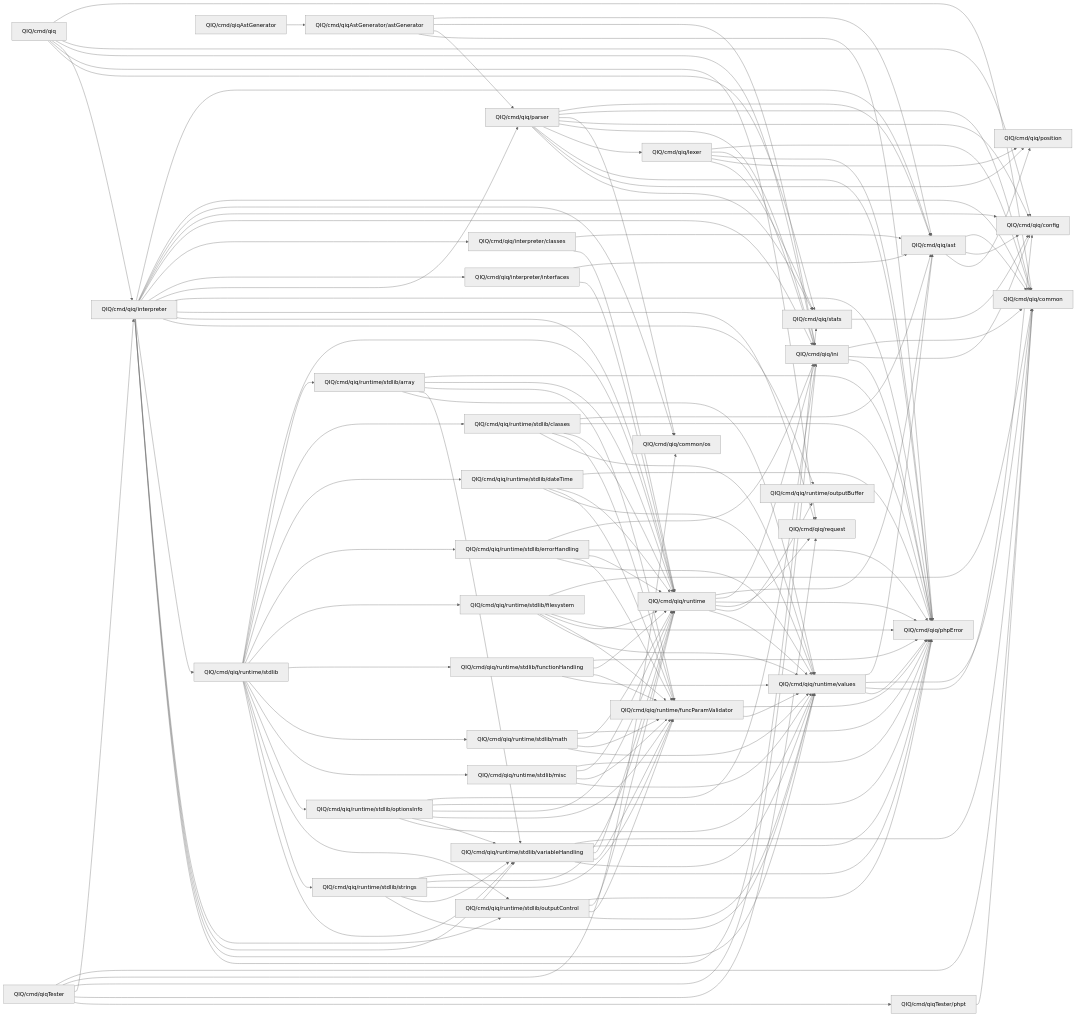
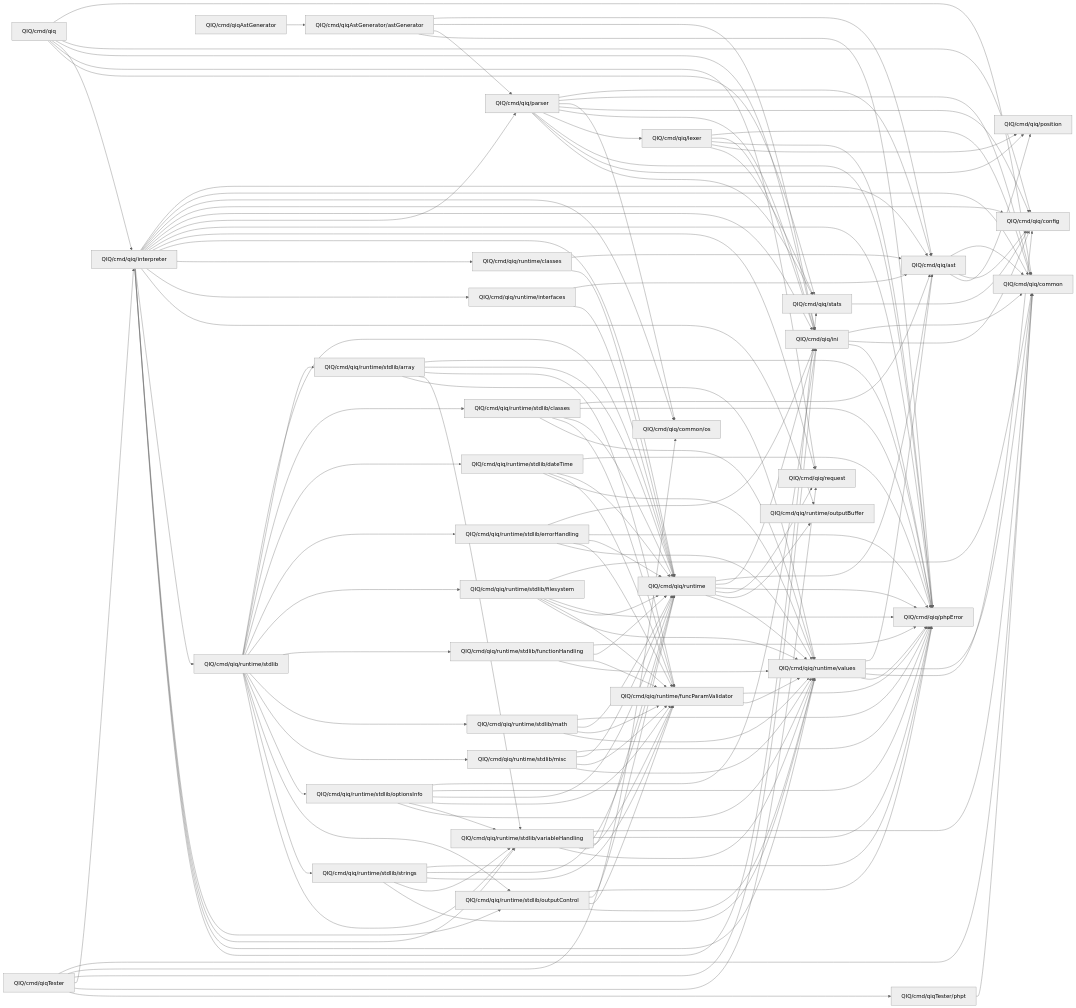
The diagram in doc/Packages.md (MasterZydra/QIQ), drawn with Mermaid (neutral theme) before and after one commit. The commit also changed 6 other files, not shown here.

Commit message:
Runtime: Moved classes and interfaces from interpreter into runtime package

```diff
--- a/doc/Packages.md
+++ b/doc/Packages.md
@@ -22,24 +22,18 @@
     QIQ_cmd_qiq_interpreter[QIQ/cmd/qiq/interpreter] --> QIQ_cmd_qiq_common_os[QIQ/cmd/qiq/common/os]
     QIQ_cmd_qiq_interpreter[QIQ/cmd/qiq/interpreter] --> QIQ_cmd_qiq_config[QIQ/cmd/qiq/config]
     QIQ_cmd_qiq_interpreter[QIQ/cmd/qiq/interpreter] --> QIQ_cmd_qiq_ini[QIQ/cmd/qiq/ini]
-    QIQ_cmd_qiq_interpreter[QIQ/cmd/qiq/interpreter] --> QIQ_cmd_qiq_interpreter_classes[QIQ/cmd/qiq/interpreter/classes]
-    QIQ_cmd_qiq_interpreter[QIQ/cmd/qiq/interpreter] --> QIQ_cmd_qiq_interpreter_interfaces[QIQ/cmd/qiq/interpreter/interfaces]
     QIQ_cmd_qiq_interpreter[QIQ/cmd/qiq/interpreter] --> QIQ_cmd_qiq_parser[QIQ/cmd/qiq/parser]
     QIQ_cmd_qiq_interpreter[QIQ/cmd/qiq/interpreter] --> QIQ_cmd_qiq_phpError[QIQ/cmd/qiq/phpError]
     QIQ_cmd_qiq_interpreter[QIQ/cmd/qiq/interpreter] --> QIQ_cmd_qiq_request[QIQ/cmd/qiq/request]
     QIQ_cmd_qiq_interpreter[QIQ/cmd/qiq/interpreter] --> QIQ_cmd_qiq_runtime[QIQ/cmd/qiq/runtime]
+    QIQ_cmd_qiq_interpreter[QIQ/cmd/qiq/interpreter] --> QIQ_cmd_qiq_runtime_classes[QIQ/cmd/qiq/runtime/classes]
+    QIQ_cmd_qiq_interpreter[QIQ/cmd/qiq/interpreter] --> QIQ_cmd_qiq_runtime_interfaces[QIQ/cmd/qiq/runtime/interfaces]
     QIQ_cmd_qiq_interpreter[QIQ/cmd/qiq/interpreter] --> QIQ_cmd_qiq_runtime_outputBuffer[QIQ/cmd/qiq/runtime/outputBuffer]
     QIQ_cmd_qiq_interpreter[QIQ/cmd/qiq/interpreter] --> QIQ_cmd_qiq_runtime_stdlib[QIQ/cmd/qiq/runtime/stdlib]
     QIQ_cmd_qiq_interpreter[QIQ/cmd/qiq/interpreter] --> QIQ_cmd_qiq_runtime_stdlib_outputControl[QIQ/cmd/qiq/runtime/stdlib/outputControl]
     QIQ_cmd_qiq_interpreter[QIQ/cmd/qiq/interpreter] --> QIQ_cmd_qiq_runtime_stdlib_variableHandling[QIQ/cmd/qiq/runtime/stdlib/variableHandling]
     QIQ_cmd_qiq_interpreter[QIQ/cmd/qiq/interpreter] --> QIQ_cmd_qiq_runtime_values[QIQ/cmd/qiq/runtime/values]
     QIQ_cmd_qiq_interpreter[QIQ/cmd/qiq/interpreter] --> QIQ_cmd_qiq_stats[QIQ/cmd/qiq/stats]
-
-    QIQ_cmd_qiq_interpreter_classes[QIQ/cmd/qiq/interpreter/classes] --> QIQ_cmd_qiq_ast[QIQ/cmd/qiq/ast]
-    QIQ_cmd_qiq_interpreter_classes[QIQ/cmd/qiq/interpreter/classes] --> QIQ_cmd_qiq_runtime[QIQ/cmd/qiq/runtime]
-
-    QIQ_cmd_qiq_interpreter_interfaces[QIQ/cmd/qiq/interpreter/interfaces] --> QIQ_cmd_qiq_ast[QIQ/cmd/qiq/ast]
-    QIQ_cmd_qiq_interpreter_interfaces[QIQ/cmd/qiq/interpreter/interfaces] --> QIQ_cmd_qiq_runtime[QIQ/cmd/qiq/runtime]
 
     QIQ_cmd_qiq_lexer[QIQ/cmd/qiq/lexer] --> QIQ_cmd_qiq_common[QIQ/cmd/qiq/common]
     QIQ_cmd_qiq_lexer[QIQ/cmd/qiq/lexer] --> QIQ_cmd_qiq_ini[QIQ/cmd/qiq/ini]
@@ -64,8 +58,14 @@
     QIQ_cmd_qiq_runtime[QIQ/cmd/qiq/runtime] --> QIQ_cmd_qiq_runtime_outputBuffer[QIQ/cmd/qiq/runtime/outputBuffer]
     QIQ_cmd_qiq_runtime[QIQ/cmd/qiq/runtime] --> QIQ_cmd_qiq_runtime_values[QIQ/cmd/qiq/runtime/values]
 
+    QIQ_cmd_qiq_runtime_classes[QIQ/cmd/qiq/runtime/classes] --> QIQ_cmd_qiq_ast[QIQ/cmd/qiq/ast]
+    QIQ_cmd_qiq_runtime_classes[QIQ/cmd/qiq/runtime/classes] --> QIQ_cmd_qiq_runtime[QIQ/cmd/qiq/runtime]
+
     QIQ_cmd_qiq_runtime_funcParamValidator[QIQ/cmd/qiq/runtime/funcParamValidator] --> QIQ_cmd_qiq_phpError[QIQ/cmd/qiq/phpError]
     QIQ_cmd_qiq_runtime_funcParamValidator[QIQ/cmd/qiq/runtime/funcParamValidator] --> QIQ_cmd_qiq_runtime_values[QIQ/cmd/qiq/runtime/values]
+
+    QIQ_cmd_qiq_runtime_interfaces[QIQ/cmd/qiq/runtime/interfaces] --> QIQ_cmd_qiq_ast[QIQ/cmd/qiq/ast]
+    QIQ_cmd_qiq_runtime_interfaces[QIQ/cmd/qiq/runtime/interfaces] --> QIQ_cmd_qiq_runtime[QIQ/cmd/qiq/runtime]
 
     QIQ_cmd_qiq_runtime_stdlib[QIQ/cmd/qiq/runtime/stdlib] --> QIQ_cmd_qiq_runtime[QIQ/cmd/qiq/runtime]
     QIQ_cmd_qiq_runtime_stdlib[QIQ/cmd/qiq/runtime/stdlib] --> QIQ_cmd_qiq_runtime_stdlib_array[QIQ/cmd/qiq/runtime/stdlib/array]
```
